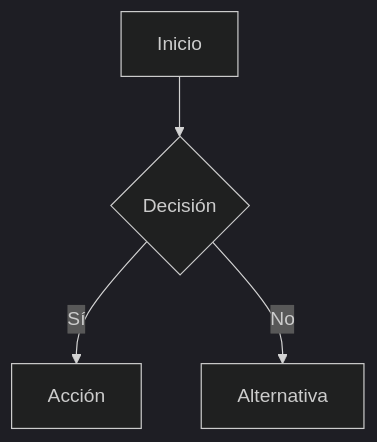
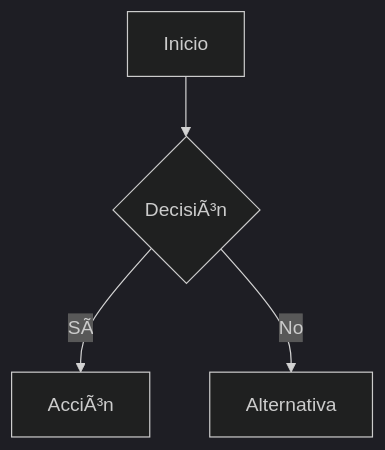
One commit to AlejandroIglesiasCalvo/Coddex-Obsidian-Skills changed the diagram in skills/obsidian-mermaid/SKILL.md. Above: the diagram before and after it, drawn with Mermaid (dark theme). The commit also changed other lines of this file and 16 other files, not shown here.

````diff
--- a/skills/obsidian-mermaid/SKILL.md
+++ b/skills/obsidian-mermaid/SKILL.md
@@ -22,6 +22,6 @@
    ```mermaid
    flowchart TB
-     A[Inicio] --> B{Decisión}
-     B -->|Sí| C[Acción]
+     A[Inicio] --> B{DecisiÃ³n}
+     B -->|SÃ­| C[AcciÃ³n]
      B -->|No| D[Alternativa]
    ```
````
